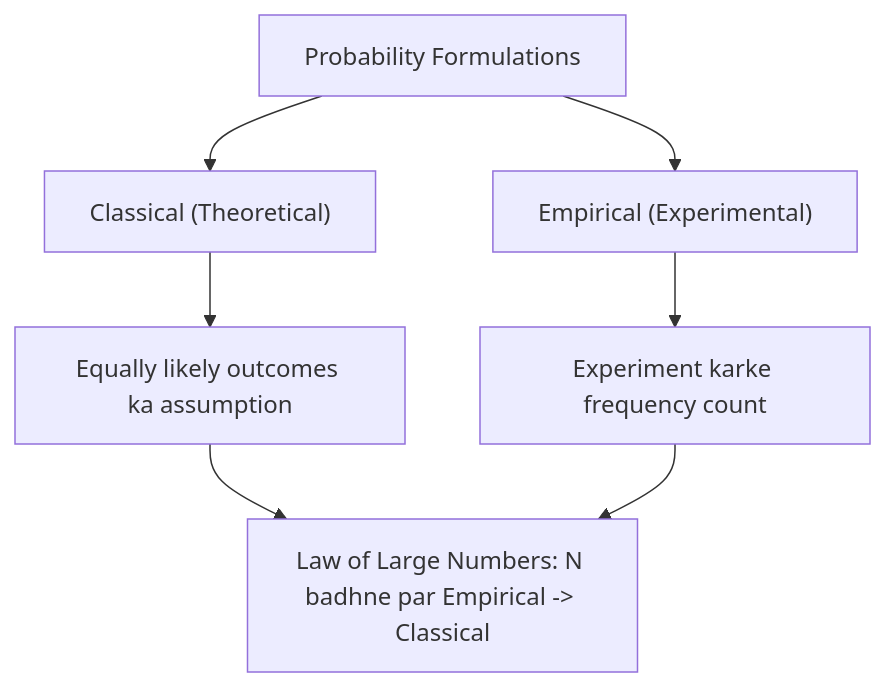
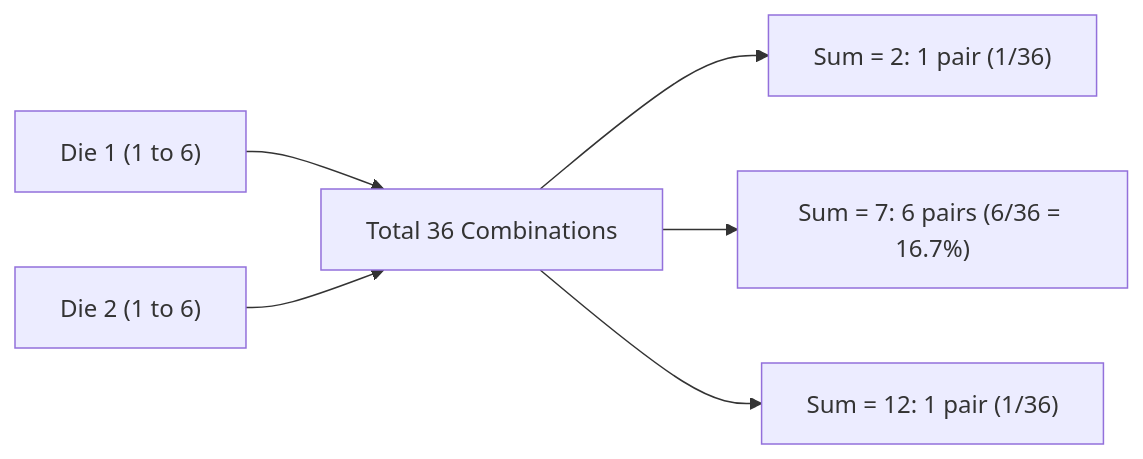
One commit to S1h2i3v4a/AI_ML changed the diagram in lecture_20/Notes_20.03/README_HINGLISH.md. Above: the diagram before and after it, drawn with Mermaid. The commit also changed other lines of this file and 203 other files, not shown here.

Commit message:
docs(lectures 19-21): align notes with video lectures, add blackboard diagrams, clean structured functions, and compile vector PDFs

````diff
--- a/lecture_20/Notes_20.03/README_HINGLISH.md
+++ b/lecture_20/Notes_20.03/README_HINGLISH.md
@@ -15,9 +41,7 @@
 ```mermaid
-flowchart TD
-    A["Probability Formulations"] --> B["Classical (Theoretical)"]
-    A --> C["Empirical (Experimental)"]
-    B --> D["Equally likely outcomes ka assumption"]
-    C --> E["Experiment karke frequency count"]
-    D --> F["Law of Large Numbers: N badhne par Empirical -> Classical"]
-    E --> F
+flowchart LR
+    A["Die 1 (1 to 6)"] & B["Die 2 (1 to 6)"] --> C["Total 36 Combinations"]
+    C --> D["Sum = 2: 1 pair (1/36)"]
+    C --> E["Sum = 7: 6 pairs (6/36 = 16.7%)"]
+    C --> F["Sum = 12: 1 pair (1/36)"]
 ```
````
